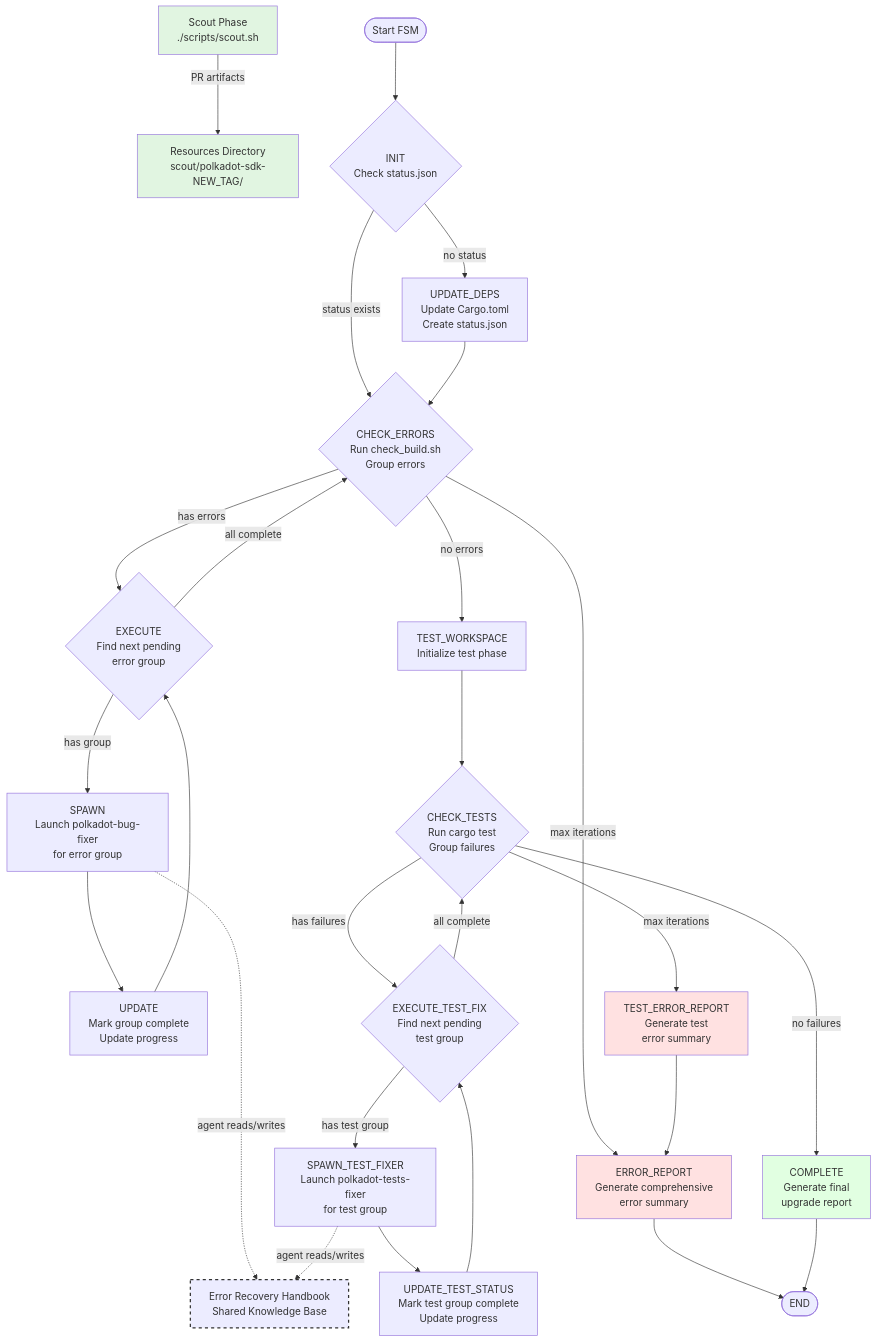
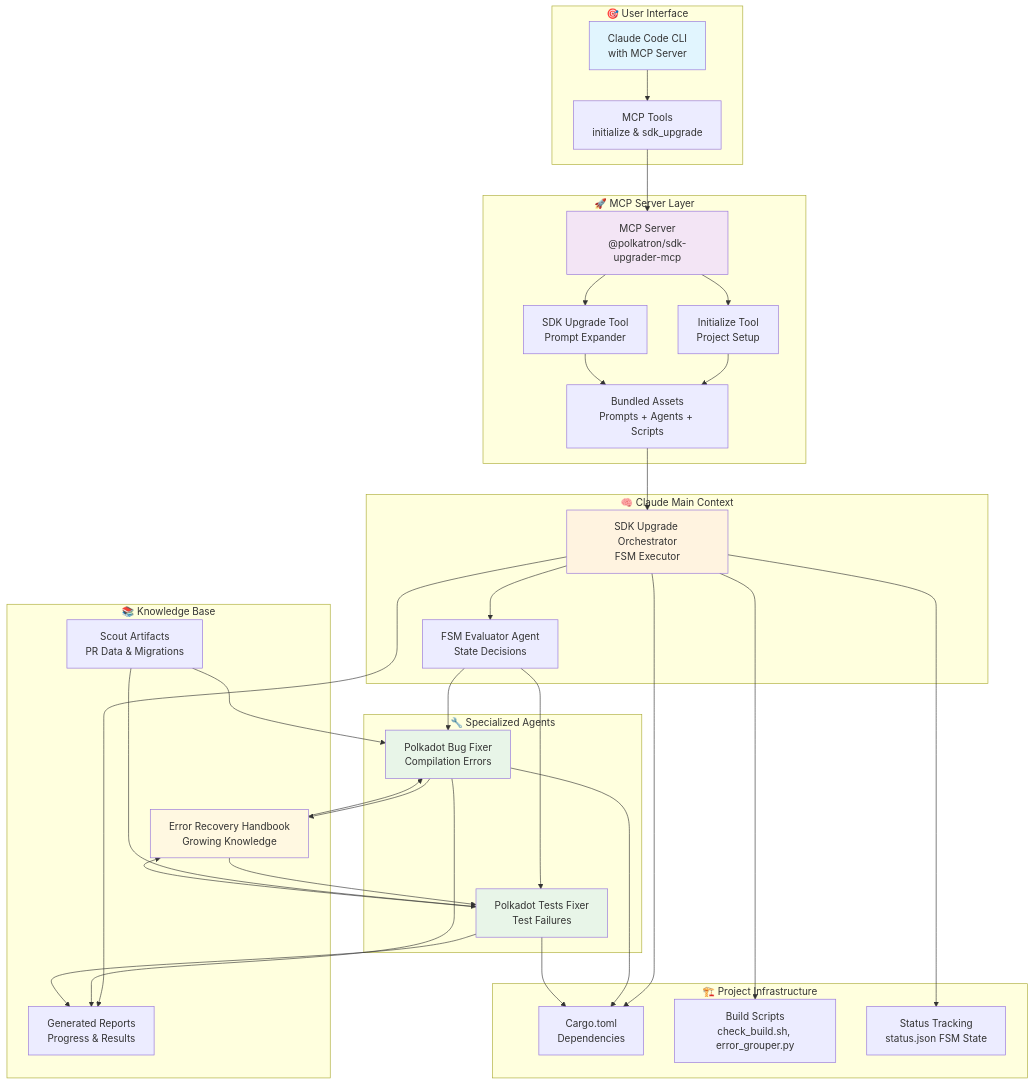
One commit to raynaudoe/polkatron changed the first of 2 diagrams in README.md. Above: the diagram before and after it, drawn with Mermaid. The commit also changed other lines of this file and 1 other file, not shown here.

Commit message:
improve readmes

````diff
--- a/README.md
+++ b/README.md
@@ -15,57 +24,74 @@
 ```mermaid
-graph TD
-    %% Scout Phase (runs before FSM)
-    SCOUT[Scout Phase<br/>./scripts/scout.sh] -->|PR artifacts| RESOURCES[Resources Directory<br/>scout/polkadot-sdk-NEW_TAG/]
-    
-    %% FSM States
-    START([Start FSM]) --> INIT{INIT<br/>Check status.json}
-    INIT -->|status exists| CHECK_ERRORS
-    INIT -->|no status| UPDATE_DEPS
-    
-    UPDATE_DEPS[UPDATE_DEPS<br/>Update Cargo.toml<br/>Create status.json] --> CHECK_ERRORS
-    
-    CHECK_ERRORS{CHECK_ERRORS<br/>Run check_build.sh<br/>Group errors} -->|has errors| EXECUTE
-    CHECK_ERRORS -->|no errors| TEST_WORKSPACE
-    CHECK_ERRORS -->|max iterations| ERROR_REPORT
-    
-    EXECUTE{EXECUTE<br/>Find next pending<br/>error group} -->|has group| SPAWN
-    EXECUTE -->|all complete| CHECK_ERRORS
-    
-    SPAWN[SPAWN<br/>Launch polkadot-bug-fixer<br/>for error group] --> UPDATE
-    
-    UPDATE[UPDATE<br/>Mark group complete<br/>Update progress] --> EXECUTE
-    
-    TEST_WORKSPACE[TEST_WORKSPACE<br/>Initialize test phase] --> CHECK_TESTS
-    
-    CHECK_TESTS{CHECK_TESTS<br/>Run cargo test<br/>Group failures} -->|has failures| EXECUTE_TEST_FIX
-    CHECK_TESTS -->|no failures| COMPLETE
-    CHECK_TESTS -->|max iterations| TEST_ERROR_REPORT
-    
-    EXECUTE_TEST_FIX{EXECUTE_TEST_FIX<br/>Find next pending<br/>test group} -->|has test group| SPAWN_TEST_FIXER
-    EXECUTE_TEST_FIX -->|all complete| CHECK_TESTS
-    
-    SPAWN_TEST_FIXER[SPAWN_TEST_FIXER<br/>Launch polkadot-tests-fixer<br/>for test group] --> UPDATE_TEST_STATUS
-    
-    UPDATE_TEST_STATUS[UPDATE_TEST_STATUS<br/>Mark test group complete<br/>Update progress] --> EXECUTE_TEST_FIX
-    
-    TEST_ERROR_REPORT[TEST_ERROR_REPORT<br/>Generate test<br/>error summary] --> ERROR_REPORT
-    
-    ERROR_REPORT[ERROR_REPORT<br/>Generate comprehensive<br/>error summary] --> END_STATE
-    
-    COMPLETE[COMPLETE<br/>Generate final<br/>upgrade report] --> END_STATE
-    
-    END_STATE([END])
-    
-    %% Error Recovery Handbook (shared knowledge)
-    EH[Error Recovery Handbook<br/>Shared Knowledge Base]
-    SPAWN -.->|agent reads/writes| EH
-    SPAWN_TEST_FIXER -.->|agent reads/writes| EH
-    
-    %% Styling
-    style EH stroke:#333,stroke-width:2px,stroke-dasharray: 5 5
-    style SCOUT fill:#e1f5e1
-    style RESOURCES fill:#e1f5e1
-    style ERROR_REPORT fill:#ffe1e1
-    style TEST_ERROR_REPORT fill:#ffe1e1
-    style COMPLETE fill:#e1ffe1
+graph TB
+    subgraph "🎯 User Interface"
+        CLI[Claude Code CLI<br/>with MCP Server]
+        TOOLS[MCP Tools<br/>initialize & sdk_upgrade]
+    end
+
+    subgraph "🚀 MCP Server Layer"
+        MCP[MCP Server<br/>@polkatron/sdk-upgrader-mcp]
+        INIT[Initialize Tool<br/>Project Setup]
+        UPGRADE[SDK Upgrade Tool<br/>Prompt Expander]
+        BUNDLED[Bundled Assets<br/>Prompts + Agents + Scripts]
+    end
+
+    subgraph "🧠 Claude Main Context"
+        ORCH[SDK Upgrade Orchestrator<br/>FSM Executor]
+        EVAL[FSM Evaluator Agent<br/>State Decisions]
+    end
+
+    subgraph "🔧 Specialized Agents"
+        BUG_FIXER[Polkadot Bug Fixer<br/>Compilation Errors]
+        TEST_FIXER[Polkadot Tests Fixer<br/>Test Failures]
+    end
+
+    subgraph "📚 Knowledge Base"
+        HANDBOOK[Error Recovery Handbook<br/>Growing Knowledge]
+        SCOUT[Scout Artifacts<br/>PR Data & Migrations]
+        REPORTS[Generated Reports<br/>Progress & Results]
+    end
+
+    subgraph "🏗️ Project Infrastructure"
+        CARGO[Cargo.toml<br/>Dependencies]
+        SCRIPTS[Build Scripts<br/>check_build.sh, error_grouper.py]
+        STATUS[Status Tracking<br/>status.json FSM State]
+    end
+
+    CLI --> TOOLS
+    TOOLS --> MCP
+    MCP --> INIT
+    MCP --> UPGRADE
+    INIT --> BUNDLED
+    UPGRADE --> BUNDLED
+
+    BUNDLED --> ORCH
+    ORCH --> EVAL
+    EVAL --> BUG_FIXER
+    EVAL --> TEST_FIXER
+
+    BUG_FIXER --> HANDBOOK
+    TEST_FIXER --> HANDBOOK
+    HANDBOOK --> BUG_FIXER
+    HANDBOOK --> TEST_FIXER
+
+    ORCH --> CARGO
+    ORCH --> SCRIPTS
+    ORCH --> STATUS
+
+    BUG_FIXER --> CARGO
+    TEST_FIXER --> CARGO
+
+    SCOUT --> BUG_FIXER
+    SCOUT --> TEST_FIXER
+
+    ORCH --> REPORTS
+    BUG_FIXER --> REPORTS
+    TEST_FIXER --> REPORTS
+
+    style CLI fill:#e1f5fe
+    style MCP fill:#f3e5f5
+    style ORCH fill:#fff3e0
+    style BUG_FIXER fill:#e8f5e8
+    style TEST_FIXER fill:#e8f5e8
+    style HANDBOOK fill:#fff8e1
 ```
````
